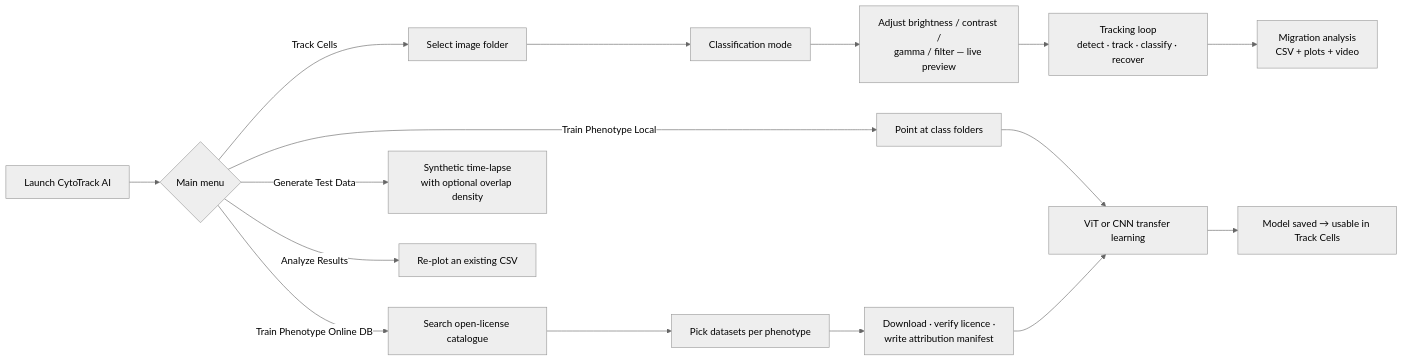
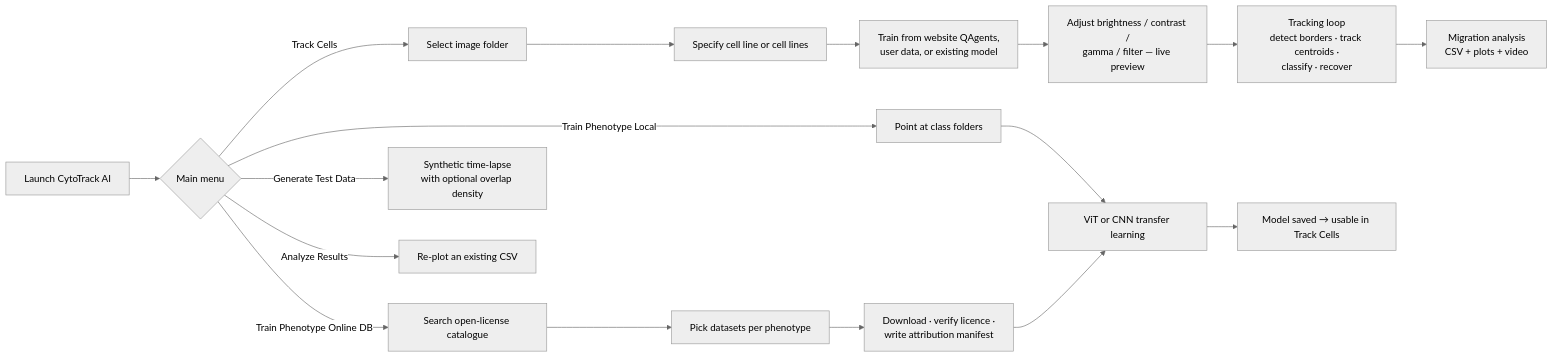
One commit to SciSpectator/CytoTrack-AI changed the second of 2 diagrams in README.md. Above: the diagram before and after it, drawn with Mermaid (neutral theme). The commit also changed other lines of this file and 152 other files, not shown here.

Commit message:
Add quality-first cell tracking workflow and results

````diff
--- a/README.md
+++ b/README.md
@@ -151,21 +167,22 @@
 ```mermaid
 flowchart LR
     A[Launch CytoTrack AI] --> B{Main menu}
     B -->|Track Cells| C[Select image folder]
-    C --> D[Classification mode]
-    D --> E[Adjust brightness / contrast /<br/>gamma / filter — live preview]
-    E --> F[Tracking loop<br/>detect · track · classify · recover]
+    C --> D[Specify cell line or cell lines]
+    D --> E[Train from website QAgents,<br/>user data, or existing model]
+    E --> P[Adjust brightness / contrast /<br/>gamma / filter — live preview]
+    P --> F[Tracking loop<br/>detect borders · track centroids ·<br/>classify · recover]
     F --> G[Migration analysis<br/>CSV + plots + video]
 
     B -->|Train Phenotype Local| H[Point at class folders]
     H --> I[ViT or CNN transfer learning]
     I --> J[Model saved → usable in Track Cells]
 
     B -->|Train Phenotype Online DB| K[Search open-license catalogue]
     K --> L[Pick datasets per phenotype]
     L --> M[Download · verify licence ·<br/>write attribution manifest]
     M --> I
 
     B -->|Generate Test Data| N[Synthetic time-lapse<br/>with optional overlap density]
     B -->|Analyze Results| O[Re-plot an existing CSV]
 ```
````
